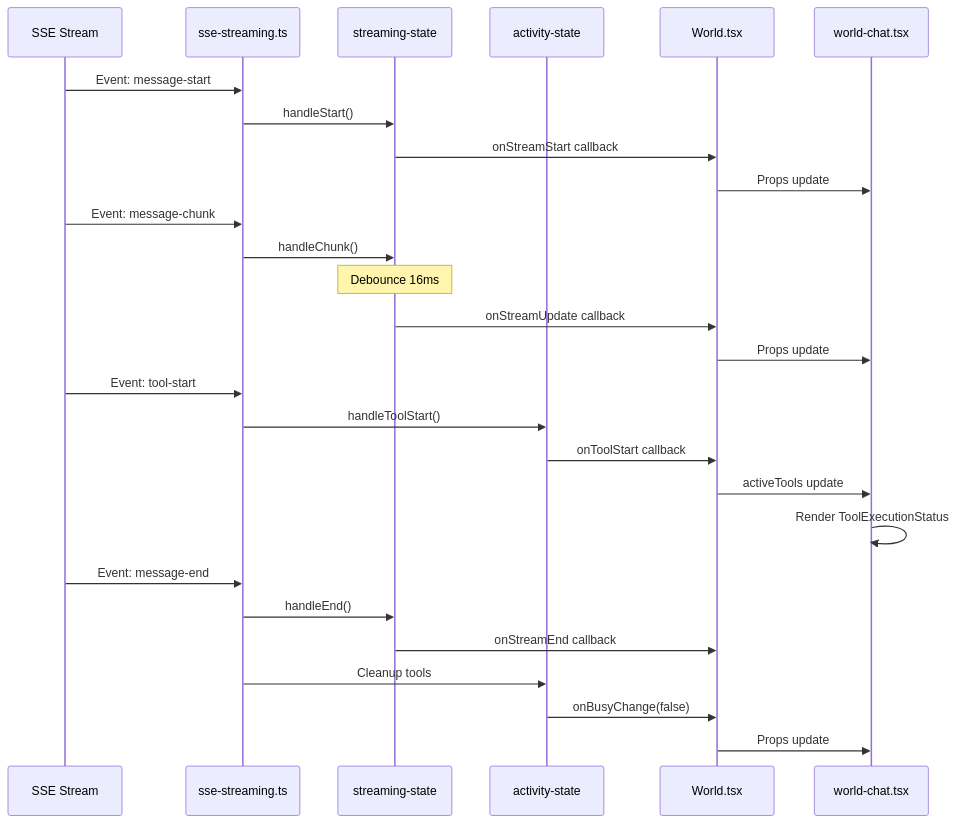
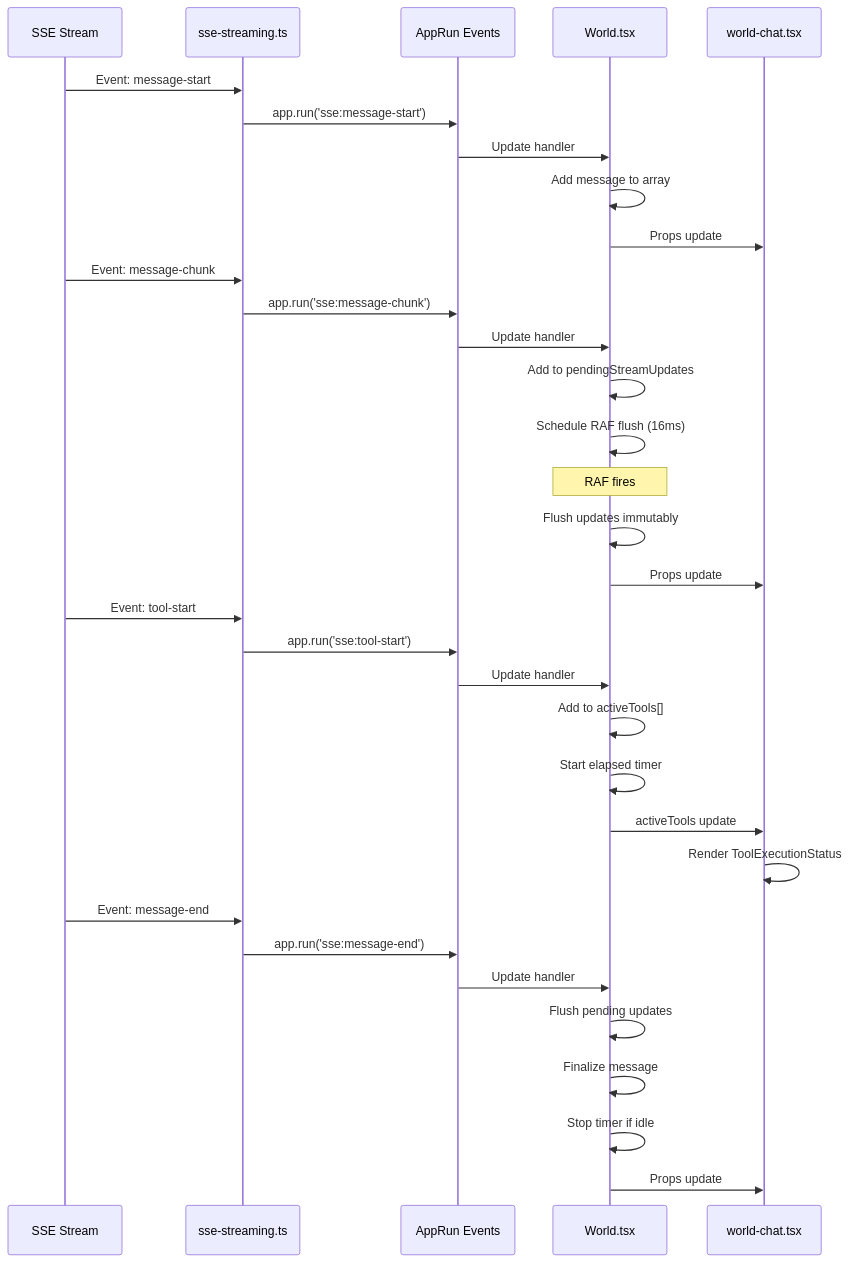
The third of 3 diagrams in .docs/plans/2026-02-11/plan-port-electron-ux-to-web.md (yysun/agent-world), drawn with Mermaid before and after one commit. The commit also changed other lines of this file and 1 other file, not shown here.

Commit message:
feat: simplify architecture by merging streaming state directly into World.tsx and implementing RAF debouncing

````diff
--- a/.docs/plans/2026-02-11/plan-port-electron-ux-to-web.md
+++ b/.docs/plans/2026-02-11/plan-port-electron-ux-to-web.md
@@ -123,33 +144,39 @@
 ```mermaid
 sequenceDiagram
     participant SSE as SSE Stream
     participant Handler as sse-streaming.ts
-    participant Stream as streaming-state
-    participant Activity as activity-state
+    participant Events as AppRun Events
     participant World as World.tsx
     participant Chat as world-chat.tsx
     
     SSE->>Handler: Event: message-start
-    Handler->>Stream: handleStart()
-    Stream->>World: onStreamStart callback
+    Handler->>Events: app.run('sse:message-start')
+    Events->>World: Update handler
+    World->>World: Add message to array
     World->>Chat: Props update
     
     SSE->>Handler: Event: message-chunk
-    Handler->>Stream: handleChunk()
-    Note over Stream: Debounce 16ms
-    Stream->>World: onStreamUpdate callback
+    Handler->>Events: app.run('sse:message-chunk')
+    Events->>World: Update handler
+    World->>World: Add to pendingStreamUpdates
+    World->>World: Schedule RAF flush (16ms)
+    Note over World: RAF fires
+    World->>World: Flush updates immutably
     World->>Chat: Props update
     
     SSE->>Handler: Event: tool-start
-    Handler->>Activity: handleToolStart()
-    Activity->>World: onToolStart callback
+    Handler->>Events: app.run('sse:tool-start')
+    Events->>World: Update handler
+    World->>World: Add to activeTools[]
+    World->>World: Start elapsed timer
     World->>Chat: activeTools update
     Chat->>Chat: Render ToolExecutionStatus
     
     SSE->>Handler: Event: message-end
-    Handler->>Stream: handleEnd()
-    Stream->>World: onStreamEnd callback
-    Handler->>Activity: Cleanup tools
-    Activity->>World: onBusyChange(false)
+    Handler->>Events: app.run('sse:message-end')
+    Events->>World: Update handler
+    World->>World: Flush pending updates
+    World->>World: Finalize message
+    World->>World: Stop timer if idle
     World->>Chat: Props update
 ```
````
